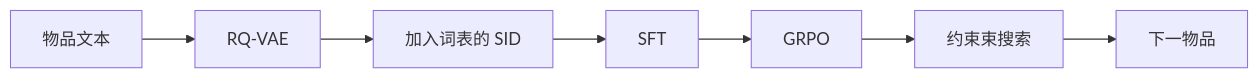
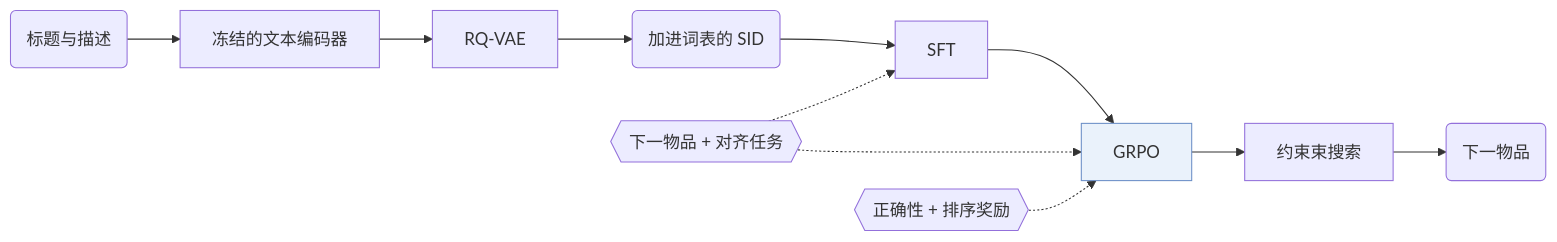
One commit to Galaxy-ghost/Awesome-SID-Generative-Rec changed the diagram in notes/zh/minionerec.md. Above: the diagram before and after it, drawn with Mermaid. The commit also changed 521 other files, not shown here.

Commit message:
writer-04 part 3: algorithm diagrams with shared shape conventions, README hero and paper cards, archive removed

````diff
--- a/notes/zh/minionerec.md
+++ b/notes/zh/minionerec.md
@@ -15,9 +15,14 @@
 ```mermaid
 flowchart LR
-    A[物品文本] --> B[RQ-VAE]
-    B --> C[加入词表的 SID]
-    C --> D[SFT]
-    D --> E[GRPO]
-    E --> F[约束束搜索]
-    F --> G[下一物品]
+    A("标题与描述") --> B["冻结的文本编码器"]
+    B --> C["RQ-VAE"]
+    C --> D("加进词表的 SID")
+    D --> E["SFT"]
+    E --> F["GRPO"]:::key
+    L1{{"下一物品 + 对齐任务"}} -.-> E
+    L1 -.-> F
+    L2{{"正确性 + 排序奖励"}} -.-> F
+    F --> G["约束束搜索"]
+    G --> H("下一物品")
+    classDef key fill:#eaf2fb,stroke:#6b8fc7
 ```
````
